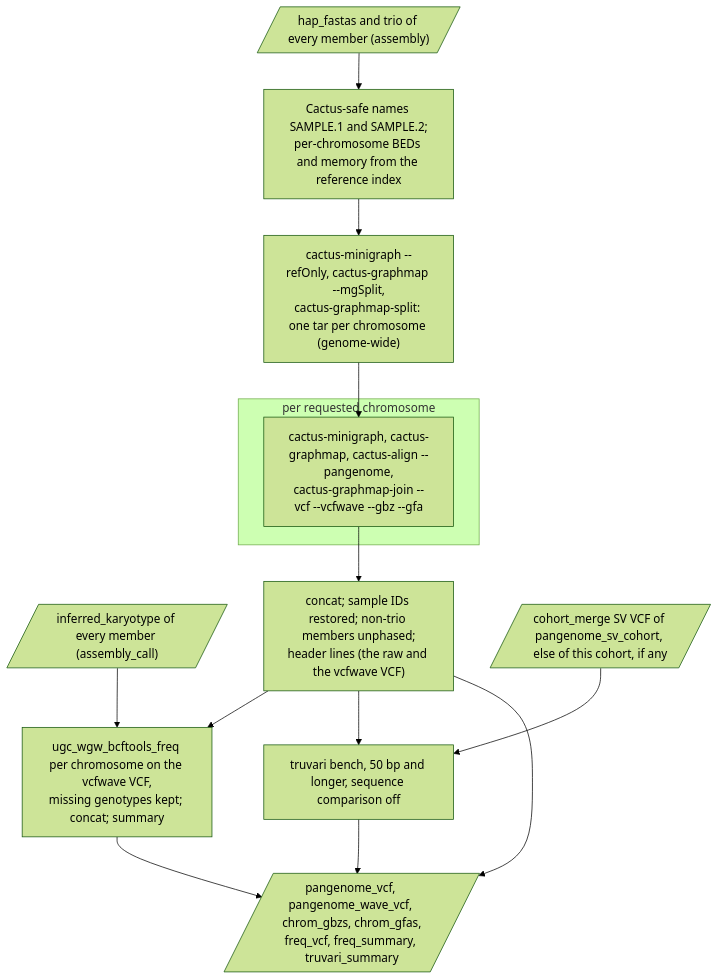
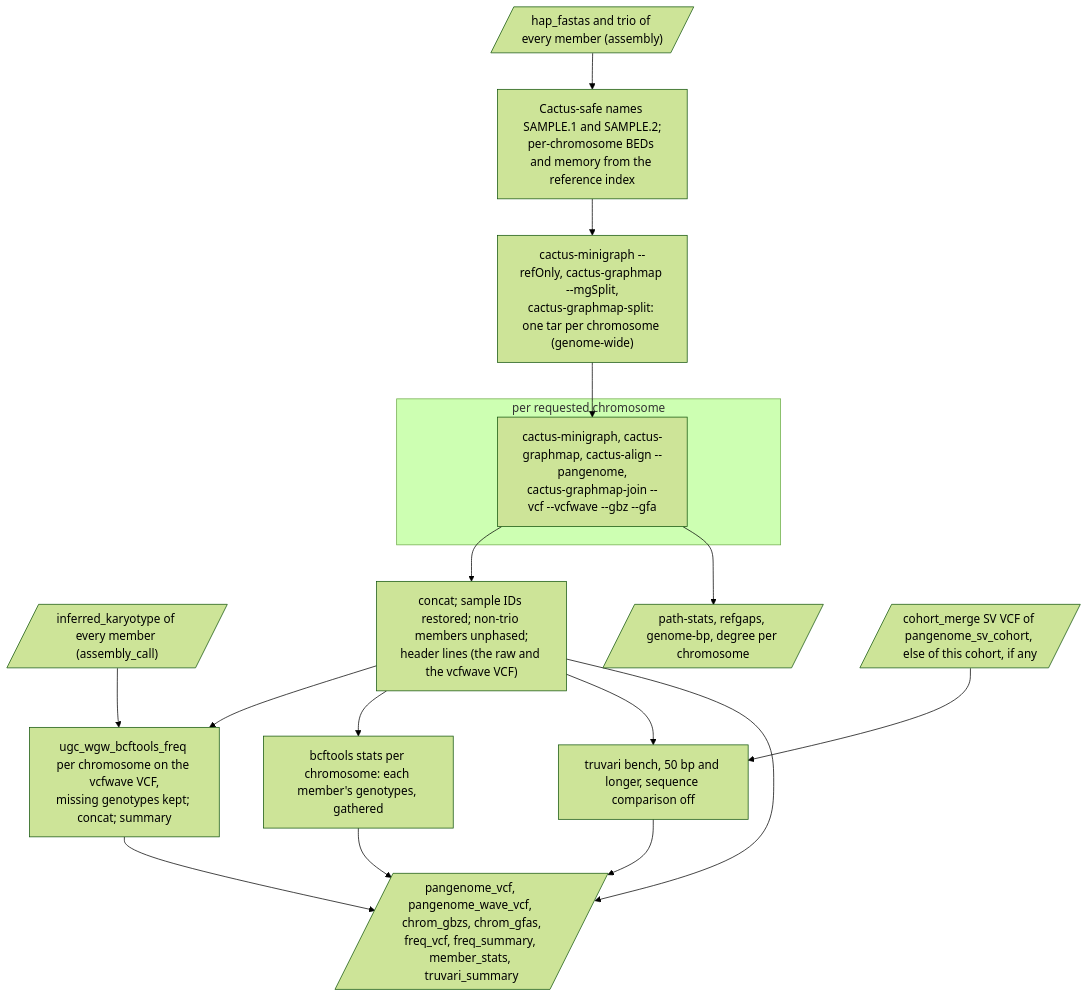
The tenth of 10 diagrams in docs/guide/08-stages.md (UppsalaGenomeCenter/ugc-wgw), drawn with Mermaid (forest theme) before and after one commit. The commit also changed other lines of this file and 44 other files, not shown here.

````diff
--- a/docs/guide/08-stages.md
+++ b/docs/guide/08-stages.md
@@ -504,17 +518,20 @@
 ```mermaid
 flowchart TD
   asm[/"hap_fastas and trio of every member (assembly)"/] --> names["Cactus-safe names SAMPLE.1 and SAMPLE.2;<br/>per-chromosome BEDs and memory from the reference index"]
   kar[/"inferred_karyotype of every member (assembly_call)"/] --> freq
   names --> split["cactus-minigraph --refOnly, cactus-graphmap --mgSplit,<br/>cactus-graphmap-split: one tar per chromosome (genome-wide)"]
   split --> chrom
   subgraph per["per requested chromosome"]
     chrom["cactus-minigraph, cactus-graphmap, cactus-align --pangenome,<br/>cactus-graphmap-join --vcf --vcfwave --gbz --gfa"]
   end
   chrom --> post["concat; sample IDs restored; non-trio members unphased;<br/>header lines (the raw and the vcfwave VCF)"]
   post --> freq["ugc_wgw_bcftools_freq per chromosome on the vcfwave VCF,<br/>missing genotypes kept; concat; summary"]
+  post --> ms["bcftools stats per chromosome: each member's genotypes, gathered"]
+  chrom --> gs[/"path-stats, refgaps, genome-bp, degree per chromosome"/]
   sv[/"cohort_merge SV VCF of pangenome_sv_cohort, else of this cohort, if any"/] --> tv["truvari bench, 50 bp and longer, sequence comparison off"]
   post --> tv
-  post --> out[/"pangenome_vcf, pangenome_wave_vcf, chrom_gbzs, chrom_gfas,<br/>freq_vcf, freq_summary, truvari_summary"/]
+  post --> out[/"pangenome_vcf, pangenome_wave_vcf, chrom_gbzs, chrom_gfas,<br/>freq_vcf, freq_summary, member_stats, truvari_summary"/]
   freq --> out
+  ms --> out
   tv --> out
 ```
````
